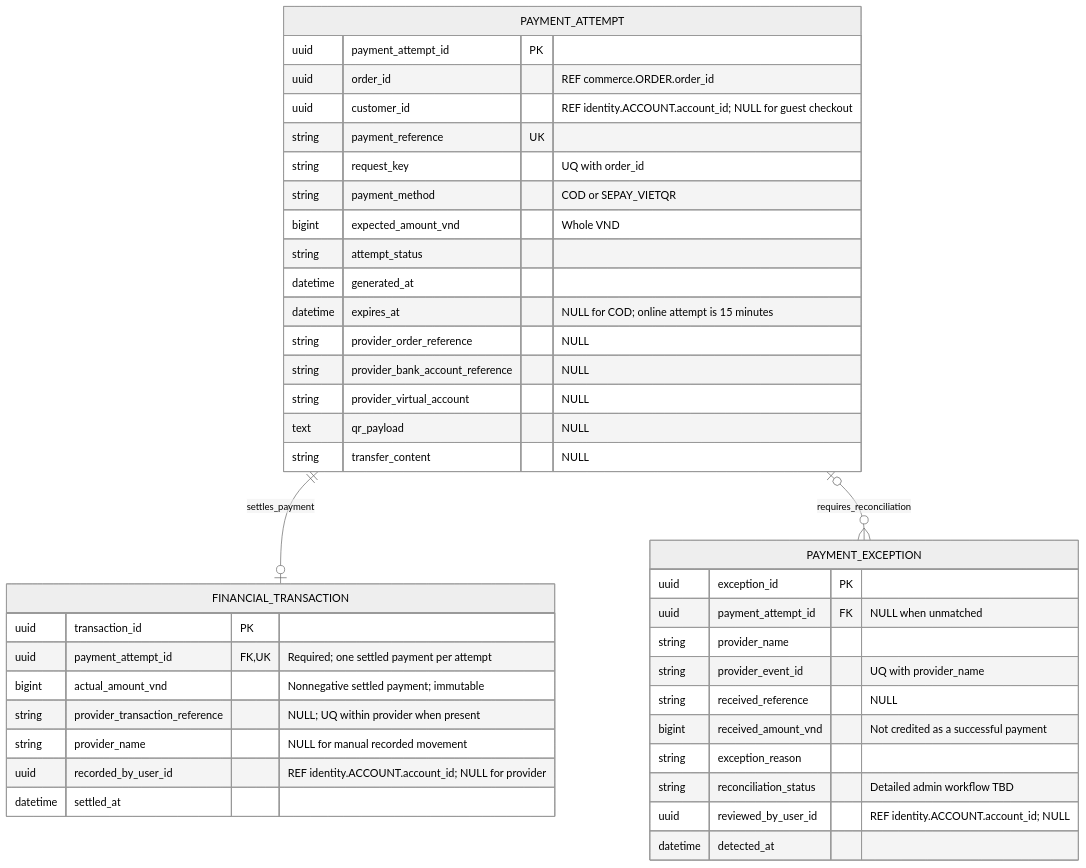
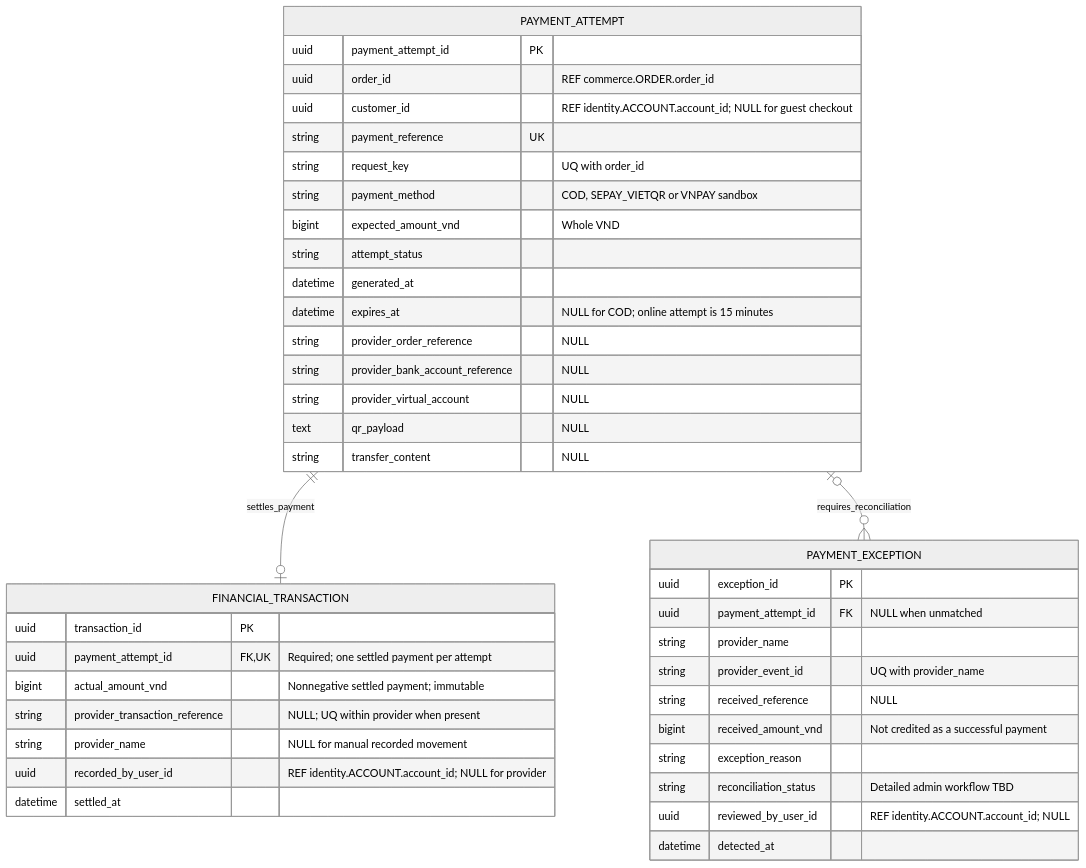
One commit to Phanquan1101/StyleMind_BE changed the diagram in database/six-service-model/03_payment.mmd. Above: the diagram before and after it, drawn with Mermaid (neutral theme). The commit also changed 36 other files, not shown here.

Commit message:
feat(payment): add VNPAY sandbox integration

```diff
--- a/database/six-service-model/03_payment.mmd
+++ b/database/six-service-model/03_payment.mmd
@@ -1,44 +1,44 @@
 erDiagram
     %% Revised user scope: payment only; no refund capability or refund references.
     %% Order can have multiple payment attempts; successful money movements are immutable.
     PAYMENT_ATTEMPT {
         uuid payment_attempt_id PK
         uuid order_id "REF commerce.ORDER.order_id"
         uuid customer_id "REF identity.ACCOUNT.account_id; NULL for guest checkout"
         string payment_reference UK
         string request_key "UQ with order_id"
-        string payment_method "COD or SEPAY_VIETQR"
+        string payment_method "COD, SEPAY_VIETQR or VNPAY sandbox"
         bigint expected_amount_vnd "Whole VND"
         string attempt_status
         datetime generated_at
         datetime expires_at "NULL for COD; online attempt is 15 minutes"
         string provider_order_reference "NULL"
         string provider_bank_account_reference "NULL"
         string provider_virtual_account "NULL"
         text qr_payload "NULL"
         string transfer_content "NULL"
     }
     FINANCIAL_TRANSACTION {
         uuid transaction_id PK
         uuid payment_attempt_id FK, UK "Required; one settled payment per attempt"
         bigint actual_amount_vnd "Nonnegative settled payment; immutable"
         string provider_transaction_reference "NULL; UQ within provider when present"
         string provider_name "NULL for manual recorded movement"
         uuid recorded_by_user_id "REF identity.ACCOUNT.account_id; NULL for provider"
         datetime settled_at
     }
     PAYMENT_EXCEPTION {
         uuid exception_id PK
         uuid payment_attempt_id FK "NULL when unmatched"
         string provider_name
         string provider_event_id "UQ with provider_name"
         string received_reference "NULL"
         bigint received_amount_vnd "Not credited as a successful payment"
         string exception_reason
         string reconciliation_status "Detailed admin workflow TBD"
         uuid reviewed_by_user_id "REF identity.ACCOUNT.account_id; NULL"
         datetime detected_at
     }
 
     PAYMENT_ATTEMPT ||--o| FINANCIAL_TRANSACTION : settles_payment
     PAYMENT_ATTEMPT o|--o{ PAYMENT_EXCEPTION : requires_reconciliation
```
